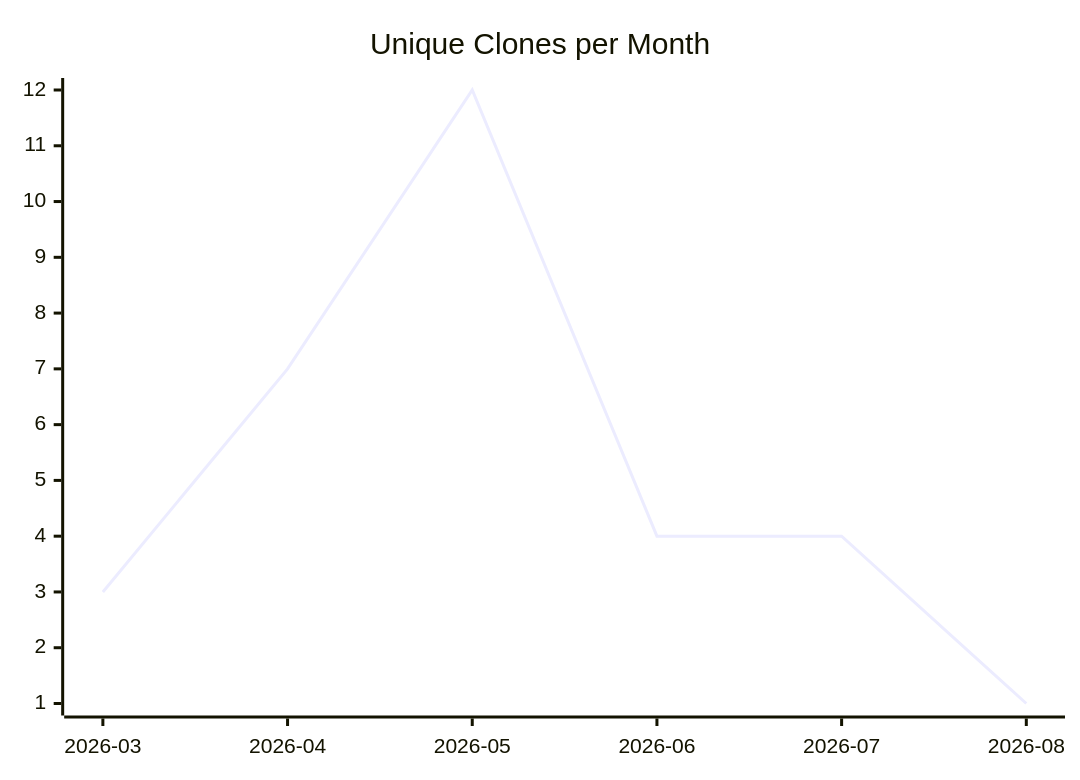
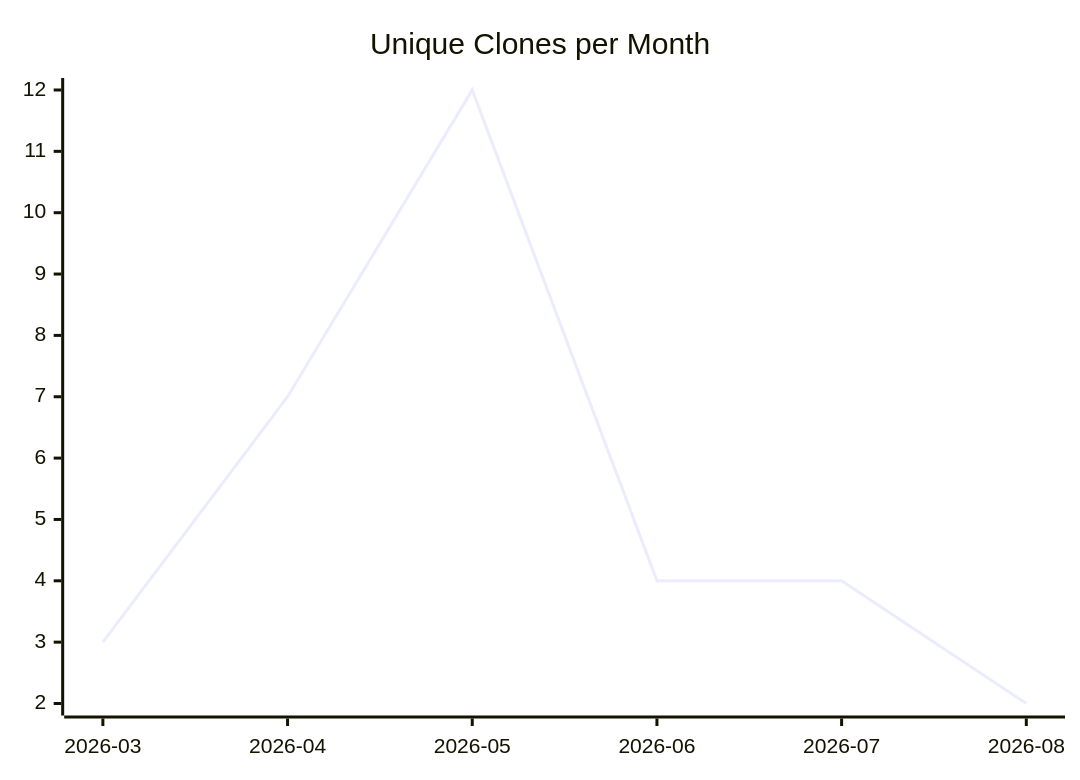
One commit to justdavis-family/github-analytics-data changed the third of 3 diagrams in karlmdavis/perfect-note/README.md. Above: the diagram before and after it, drawn with Mermaid. The commit also changed other lines of this file and 167 other files, not shown here.

````diff
--- a/karlmdavis/perfect-note/README.md
+++ b/karlmdavis/perfect-note/README.md
@@ -19,6 +19,6 @@
 ```mermaid
 xychart-beta
   title "Unique Clones per Month"
   x-axis ["2026-03", "2026-04", "2026-05", "2026-06", "2026-07", "2026-08"]
-  line [3, 7, 12, 4, 4, 1]
+  line [3, 7, 12, 4, 4, 2]
 ```
````
